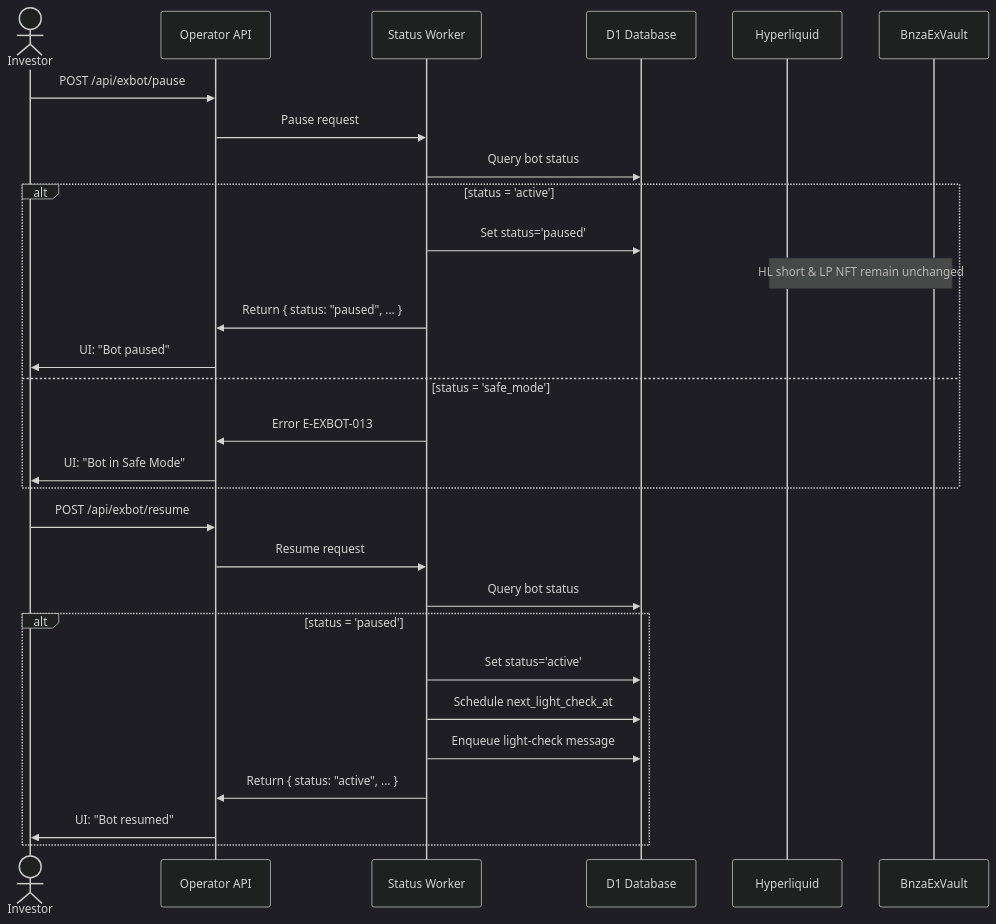
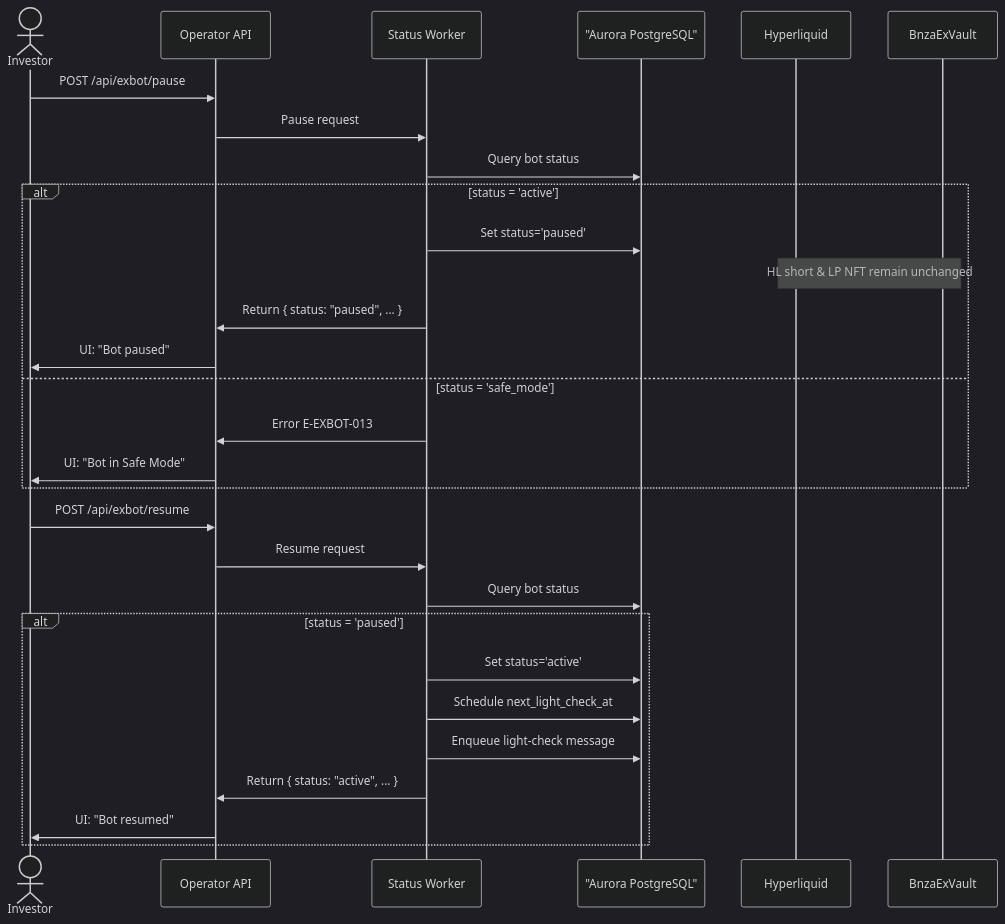
One commit to TrinhBuiSotatek/Bonanzapool changed the diagram in docs/BA/plans/bnza-sotatek-260519-0000/03_modules/exbot/usecases/uc-pause-resume.md. Above: the diagram before and after it, drawn with Mermaid (dark theme). The commit also changed other lines of this file and 21 other files, not shown here.

````diff
--- a/docs/BA/plans/bnza-sotatek-260519-0000/03_modules/exbot/usecases/uc-pause-resume.md
+++ b/docs/BA/plans/bnza-sotatek-260519-0000/03_modules/exbot/usecases/uc-pause-resume.md
@@ -135,33 +136,33 @@
 ```mermaid
 sequenceDiagram
     actor Investor
     participant API as Operator API
     participant Worker as Status Worker
-    participant D1 as D1 Database
+    participant AuroraDB as "Aurora PostgreSQL"
     participant HL as Hyperliquid
     participant Vault as BnzaExVault
     
     Investor->>API: POST /api/exbot/pause
     API->>Worker: Pause request
-    Worker->>D1: Query bot status
+    Worker->>AuroraDB: Query bot status
     alt status = 'active'
-        Worker->>D1: Set status='paused'
+        Worker->>AuroraDB: Set status='paused'
         Note over HL,Vault: HL short & LP NFT remain unchanged
         Worker->>API: Return { status: "paused", ... }
         API->>Investor: UI: "Bot paused"
     else status = 'safe_mode'
         Worker->>API: Error E-EXBOT-013
         API->>Investor: UI: "Bot in Safe Mode"
     end
     
     Investor->>API: POST /api/exbot/resume
     API->>Worker: Resume request
-    Worker->>D1: Query bot status
+    Worker->>AuroraDB: Query bot status
     alt status = 'paused'
-        Worker->>D1: Set status='active'
-        Worker->>D1: Schedule next_light_check_at
-        Worker->>D1: Enqueue light-check message
+        Worker->>AuroraDB: Set status='active'
+        Worker->>AuroraDB: Schedule next_light_check_at
+        Worker->>AuroraDB: Enqueue light-check message
         Worker->>API: Return { status: "active", ... }
         API->>Investor: UI: "Bot resumed"
     end
 ```
````
